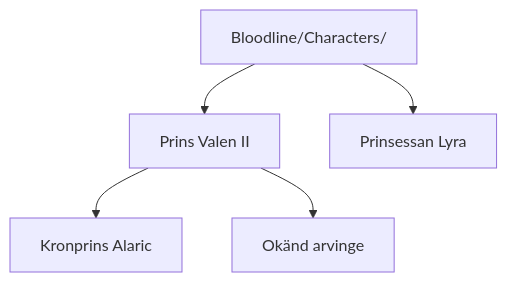
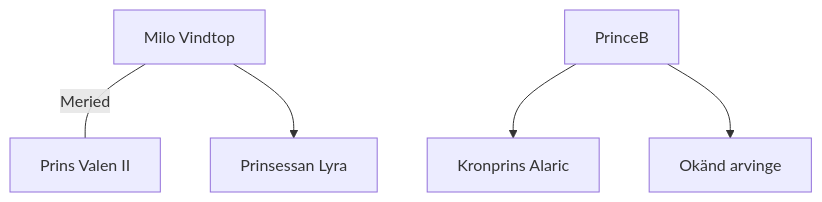
Before and after one commit to momentosdebell/Echos-of-Bell: the diagram in content/Bloodlines/Origin/De Rivièr.md, drawn with Mermaid.

Commit message:
Auto Save

````diff
--- a/content/Bloodlines/Origin/De Rivièr.md
+++ b/content/Bloodlines/Origin/De Rivièr.md
@@ -4,16 +4,16 @@
 ```mermaid
 graph TD
     %% Familjekopplingar (förälder --> barn)
-    KingA["Bloodline/Characters/"] --> PrinceB["Prins Valen II"]
-    KingA --> PrincessC["Prinsessan Lyra"]
+    Milo["Milo Vindtop"] ---|"Meried"| Jillian["Prins Valen II"]
+    Milo --> PrincessC["Prinsessan Lyra"]
     
     PrinceB --> HeirD["Kronprins Alaric"]
     PrinceB --> SecretE["Okänd arvinge"]
 
     %% Klickbara länkar till andra sidor (byt ut till dina egna filnamn)
-    click KingA "Sappho Vindtop" "Gå till Kung Valen"
-    click PrinceB "Prins-Valen-II" "Gå till Prins Valen"
-    click PrincessC "Prinsessan-Lyra" "Gå till Prinsessan Lyra"
-    click HeirD "Kronprins-Alaric" "Gå till Kronprins Alaric"
+    click Milo "Bloodline/Characters/Milo Vindtop"
+    click PrinceB "Prins-Valen-II"
+    click PrincessC "Prinsessan-Lyra"
+    click HeirD "Kronprins-Alaric"
     
 ```
````
